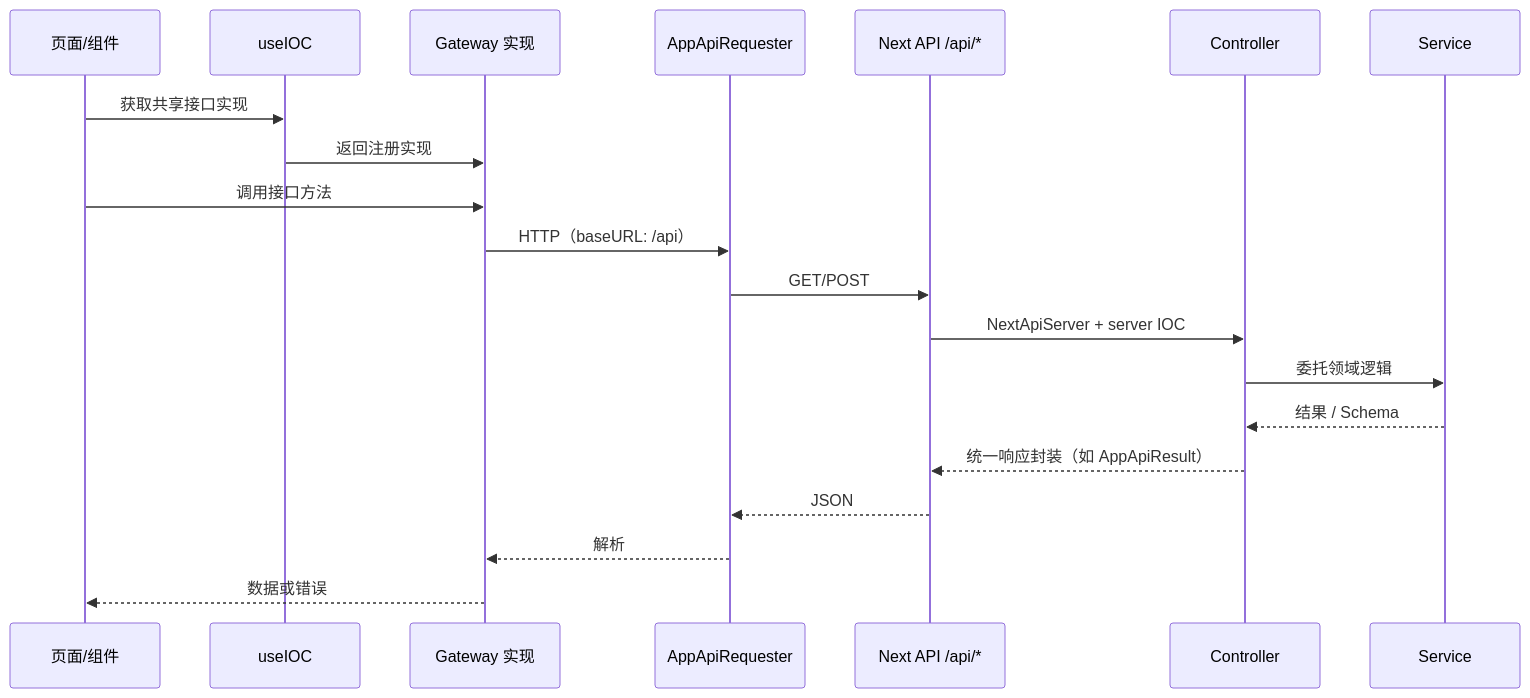
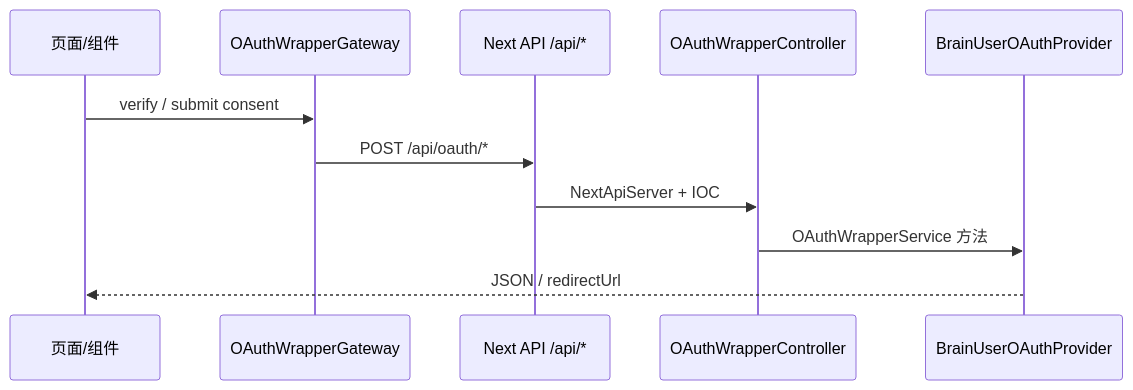
One commit to qlover/brain-toolkit changed the fifth of 5 diagrams in examples/brain-oauth/README.md. Above: the diagram before and after it, drawn with Mermaid. The commit also changed other lines of this file and 80 other files, not shown here.

First line of the commit message:
feat(brain-oauth): Update OAuth wrapper and server configuration

````diff
--- a/examples/brain-oauth/README.md
+++ b/examples/brain-oauth/README.md
@@ -142,23 +790,14 @@
 ```mermaid
 sequenceDiagram
   participant Page as 页面/组件
-  participant useIOC as useIOC
-  participant Gateway as Gateway 实现
-  participant Requester as AppApiRequester
+  participant Gateway as OAuthWrapperGateway
   participant API as Next API /api/*
-  participant Controller as Controller
-  participant Service as Service
+  participant CTL as OAuthWrapperController
+  participant Prov as BrainUserOAuthProvider
 
-  Page->>useIOC: 获取共享接口实现
-  useIOC->>Gateway: 返回注册实现
-  Page->>Gateway: 调用接口方法
-  Gateway->>Requester: HTTP（baseURL: /api）
-  Requester->>API: GET/POST
-  API->>Controller: NextApiServer + server IOC
-  Controller->>Service: 委托领域逻辑
-  Service-->>Controller: 结果 / Schema
-  Controller-->>API: 统一响应封装（如 AppApiResult）
-  API-->>Requester: JSON
-  Requester-->>Gateway: 解析
-  Gateway-->>Page: 数据或错误
+  Page->>Gateway: verify / submit consent
+  Gateway->>API: POST /api/oauth/*
+  API->>CTL: NextApiServer + IOC
+  CTL->>Prov: OAuthWrapperService 方法
+  Prov-->>Page: JSON / redirectUrl
 ```
````
